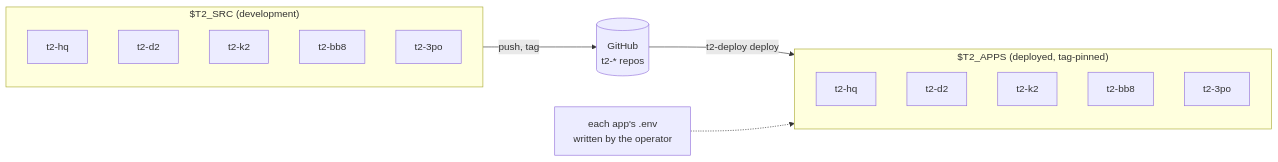
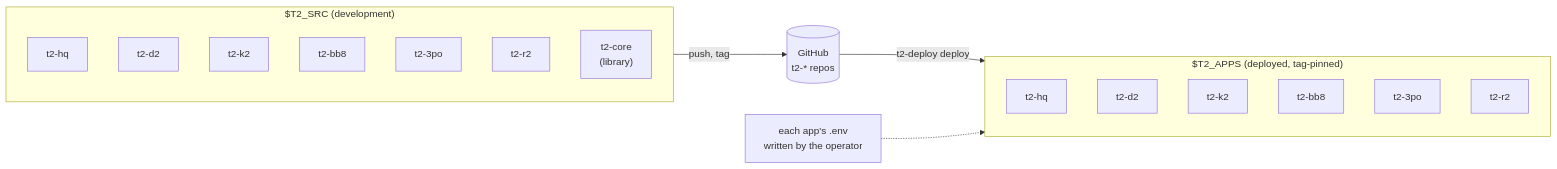
The third of 3 diagrams in ARCHITECTURE.md (samlarsen1/t2-hq), drawn with Mermaid before and after one commit. The commit also changed other lines of this file and 8 other files, not shown here.

````diff
--- a/ARCHITECTURE.md
+++ b/ARCHITECTURE.md
@@ -103,21 +109,24 @@
 ```mermaid
 flowchart LR
     subgraph dev["$T2_SRC (development)"]
         r1["t2-hq"]
         r2["t2-d2"]
         r3["t2-k2"]
         r4["t2-bb8"]
         r5["t2-3po"]
+        r6["t2-r2"]
+        r7["t2-core<br/>(library)"]
     end
     gh[("GitHub<br/>t2-* repos")]
     subgraph apps["$T2_APPS (deployed, tag-pinned)"]
         a1["t2-hq"]
         a2["t2-d2"]
         a3["t2-k2"]
         a4["t2-bb8"]
         a5["t2-3po"]
+        a6["t2-r2"]
     end
     dev -->|"push, tag"| gh
     gh -->|"t2-deploy deploy"| apps
     env["each app's .env<br/>written by the operator"] -.-> apps
 ```
````
